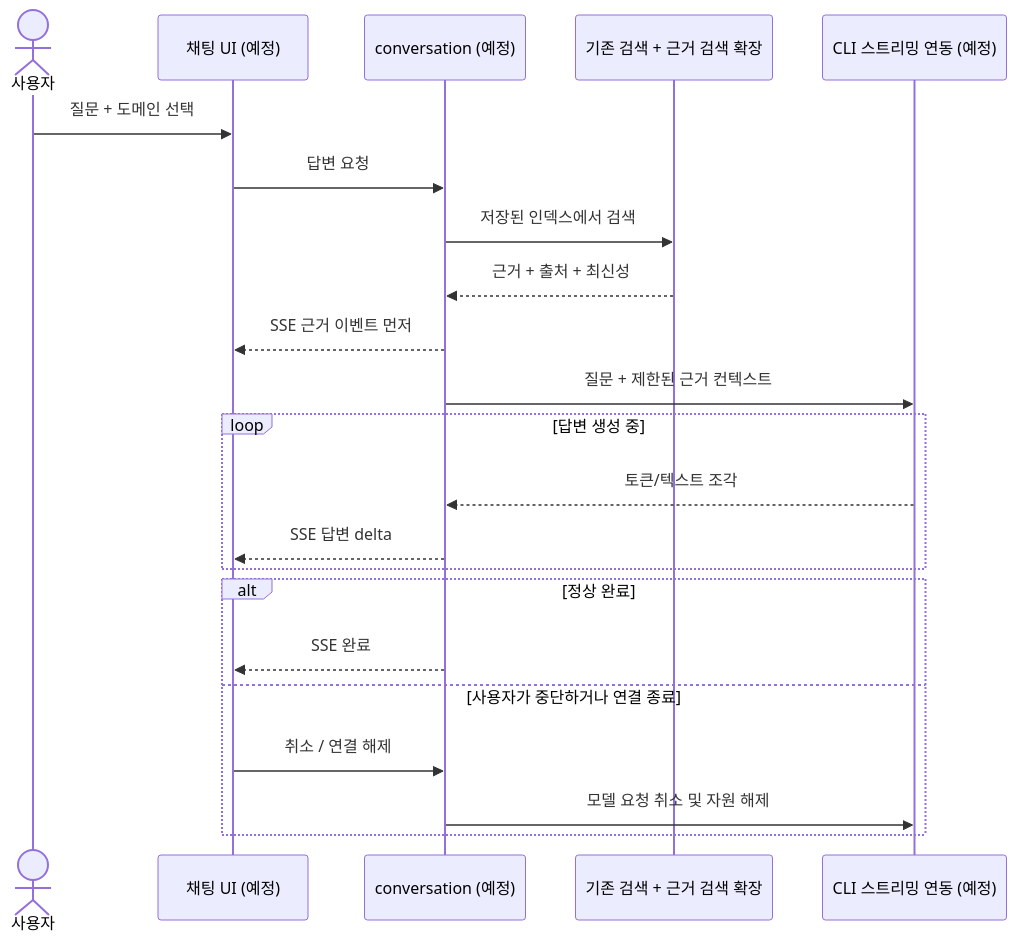
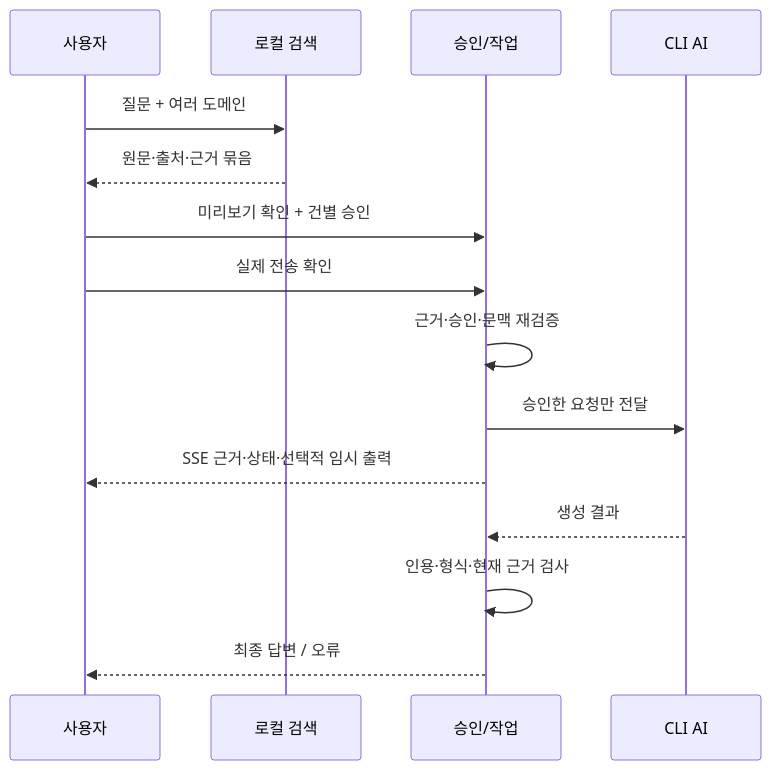
The third of 3 diagrams in docs/design-map.md (thisisnew/dougle), drawn with Mermaid before and after one commit. The commit also changed other lines of this file and 46 other files, not shown here.

````diff
--- a/docs/design-map.md
+++ b/docs/design-map.md
@@ -229,24 +61,17 @@
 ```mermaid
 sequenceDiagram
-    actor User as 사용자
-    participant UI as 채팅 UI (예정)
-    participant Chat as conversation (예정)
-    participant Search as 기존 검색 + 근거 검색 확장
-    participant Model as CLI 스트리밍 연동 (예정)
-    User->>UI: 질문 + 도메인 선택
-    UI->>Chat: 답변 요청
-    Chat->>Search: 저장된 인덱스에서 검색
-    Search-->>Chat: 근거 + 출처 + 최신성
-    Chat-->>UI: SSE 근거 이벤트 먼저
-    Chat->>Model: 질문 + 제한된 근거 컨텍스트
-    loop 답변 생성 중
-        Model-->>Chat: 토큰/텍스트 조각
-        Chat-->>UI: SSE 답변 delta
-    end
-    alt 정상 완료
-        Chat-->>UI: SSE 완료
-    else 사용자가 중단하거나 연결 종료
-        UI->>Chat: 취소 / 연결 해제
-        Chat->>Model: 모델 요청 취소 및 자원 해제
-    end
+  participant U as 사용자
+  participant S as 로컬 검색
+  participant A as 승인/작업
+  participant C as CLI AI
+  U->>S: 질문 + 여러 도메인
+  S-->>U: 원문·출처·근거 묶음
+  U->>A: 미리보기 확인 + 건별 승인
+  U->>A: 실제 전송 확인
+  A->>A: 근거·승인·문맥 재검증
+  A->>C: 승인한 요청만 전달
+  A-->>U: SSE 근거·상태·선택적 임시 출력
+  C-->>A: 생성 결과
+  A->>A: 인용·형식·현재 근거 검사
+  A-->>U: 최종 답변 / 오류
 ```
````
